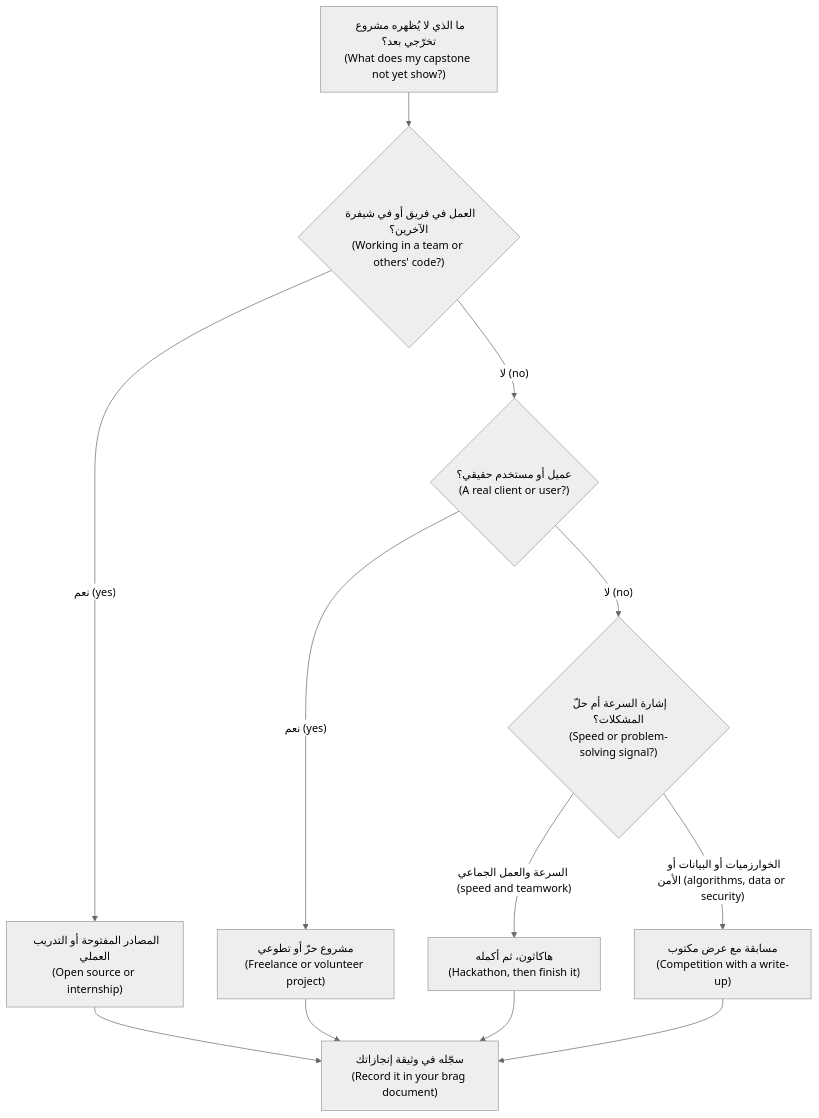
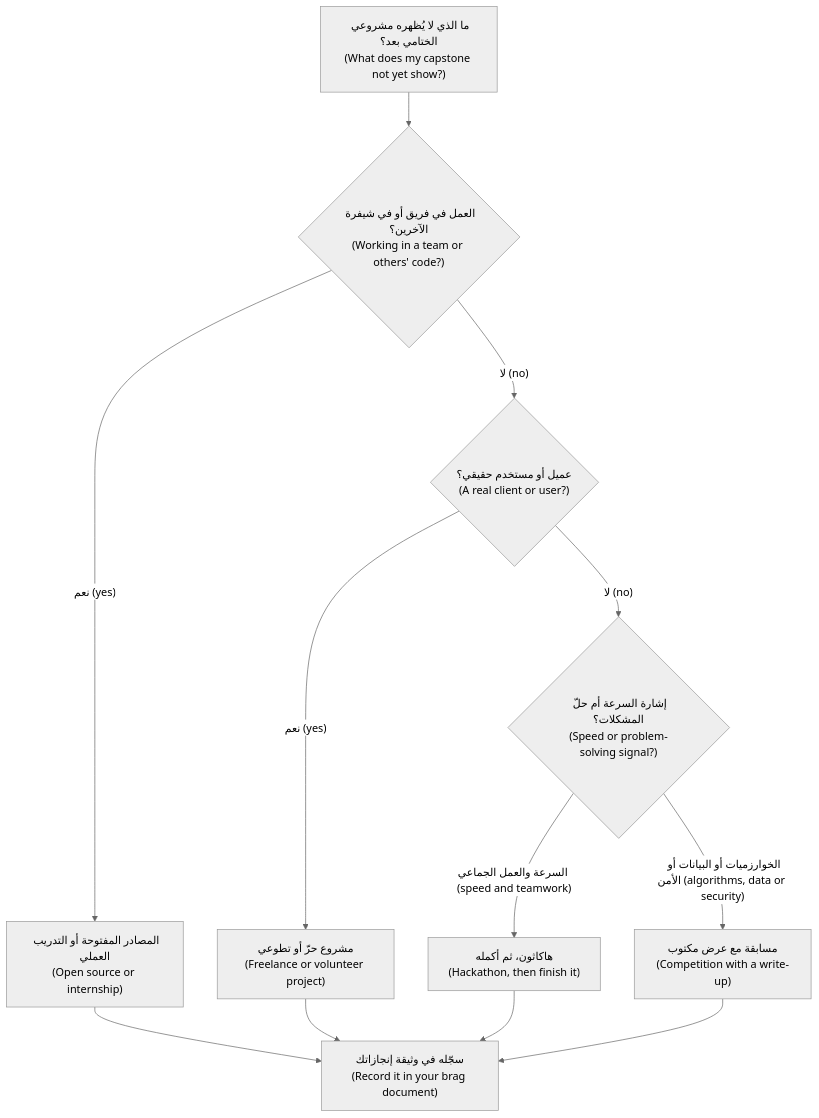
The third of 3 diagrams in career/modules/03-portfolio.ar.md (Tamoura/system-design-for-vibe-coders), drawn with Mermaid (neutral theme) before and after one commit. The commit also changed other lines of this file and 551 other files, not shown here.

````diff
--- a/career/modules/03-portfolio.ar.md
+++ b/career/modules/03-portfolio.ar.md
@@ -545,14 +545,14 @@
 ```mermaid
 flowchart TD
-    A["ما الذي لا يُظهره مشروع تخرّجي بعد؟<br/>(What does my capstone not yet show?)"] --> B{"العمل في فريق أو في شيفرة الآخرين؟<br/>(Working in a team or others' code?)"}
+    A["ما الذي لا يُظهره مشروعي الختامي بعد؟<br/>(What does my capstone not yet show?)"] --> B{"العمل في فريق أو في شيفرة الآخرين؟<br/>(Working in a team or others' code?)"}
     B -->|"نعم (yes)"| C["المصادر المفتوحة أو التدريب العملي<br/>(Open source or internship)"]
     B -->|"لا (no)"| D{"عميل أو مستخدم حقيقي؟<br/>(A real client or user?)"}
     D -->|"نعم (yes)"| E["مشروع حرّ أو تطوعي<br/>(Freelance or volunteer project)"]
     D -->|"لا (no)"| F{"إشارة السرعة أم حلّ المشكلات؟<br/>(Speed or problem-solving signal?)"}
     F -->|"السرعة والعمل الجماعي (speed and teamwork)"| G["هاكاثون، ثم أكمله<br/>(Hackathon, then finish it)"]
     F -->|"الخوارزميات أو البيانات أو الأمن (algorithms, data or security)"| H["مسابقة مع عرض مكتوب<br/>(Competition with a write-up)"]
     C --> I["سجّله في وثيقة إنجازاتك<br/>(Record it in your brag document)"]
     E --> I
     G --> I
     H --> I
 ```
````
